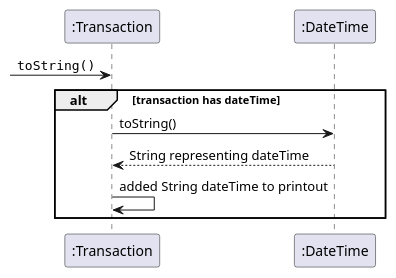
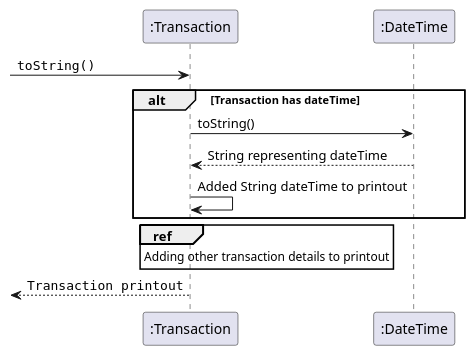
One commit to AY2324S2-CS2113-T15-1/tp changed the diagram in docs/diagrams/printingDateTime.puml. Above: the diagram before and after it, drawn with PlantUML. The commit also changed 6 other files, not shown here.

Commit message:
UML formatting updates for DateTime.

```diff
--- a/docs/diagrams/printingDateTime.puml
+++ b/docs/diagrams/printingDateTime.puml
@@ -1,10 +1,12 @@
 @startuml
 participant ":Transaction" as Foo
 participant ":DateTime" as Foo1
 [->      Foo:""toString()""
-alt transaction has dateTime
+alt Transaction has dateTime
     Foo -> Foo1:toString()
     Foo1 --> Foo: String representing dateTime
-    Foo -> Foo: added String dateTime to printout
+    Foo -> Foo: Added String dateTime to printout
 end
+ref over Foo:Adding other transaction details to printout
+Foo -->[      : ""Transaction printout""
 @enduml
```
